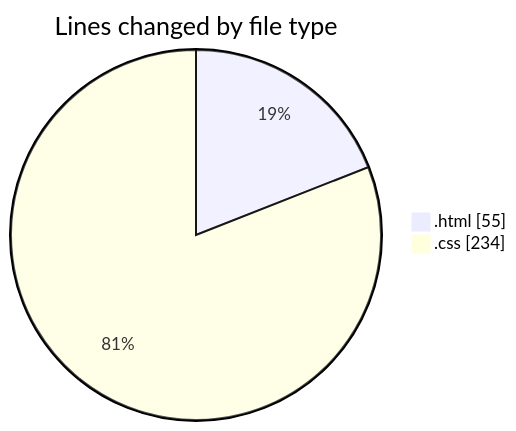
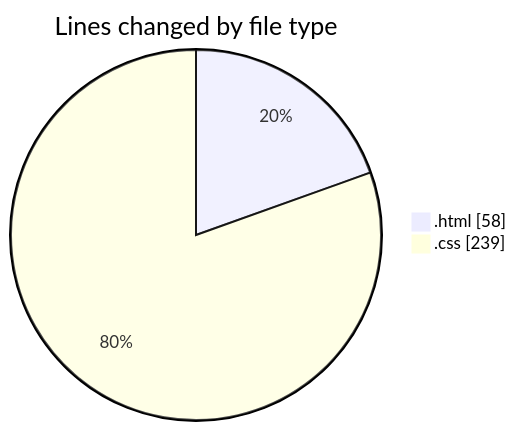
The first of 2 diagrams in 2025-04-15/portfolio/README.md (CELIANVF/code-tracking), drawn with Mermaid before and after one commit. The commit also changed other lines of this file and 1 other file, not shown here.

````diff
--- a/2025-04-15/portfolio/README.md
+++ b/2025-04-15/portfolio/README.md
@@ -21,6 +21,6 @@
 ```mermaid
 pie showData
 title Lines changed by file type
-".html" : 55
-".css" : 234
+".html" : 58
+".css" : 239
 ```
````
